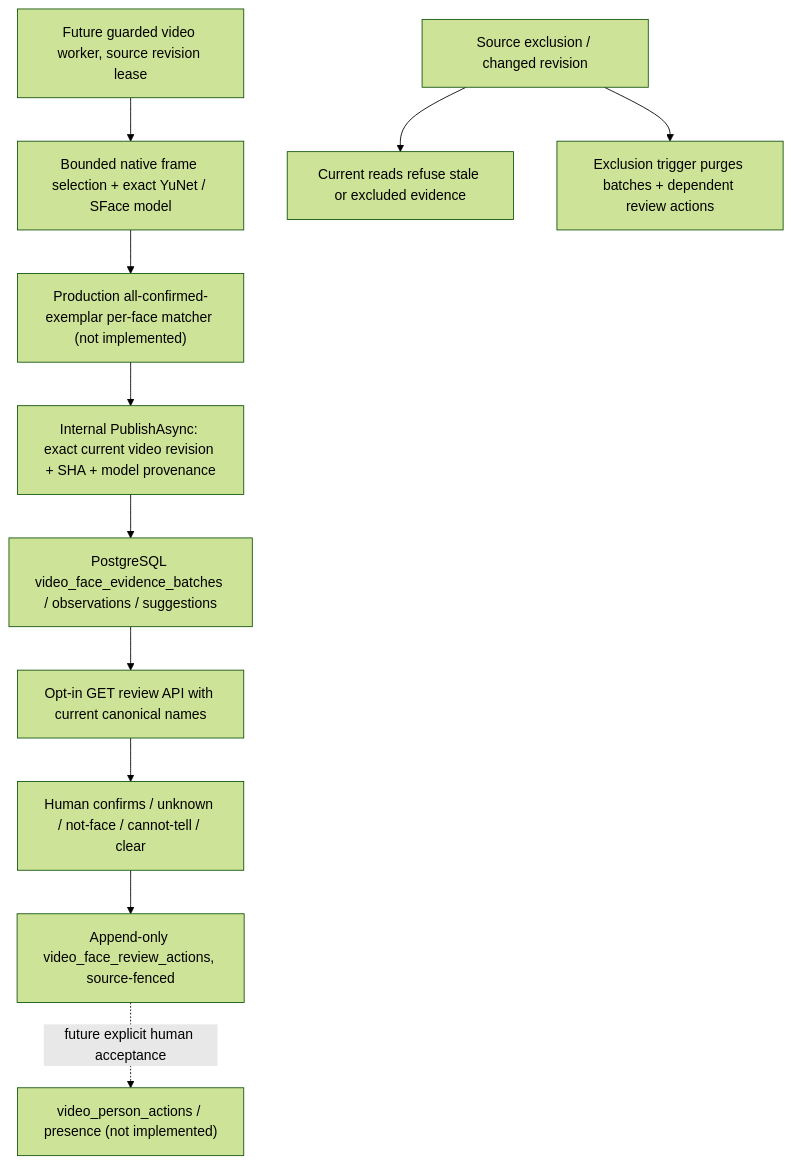
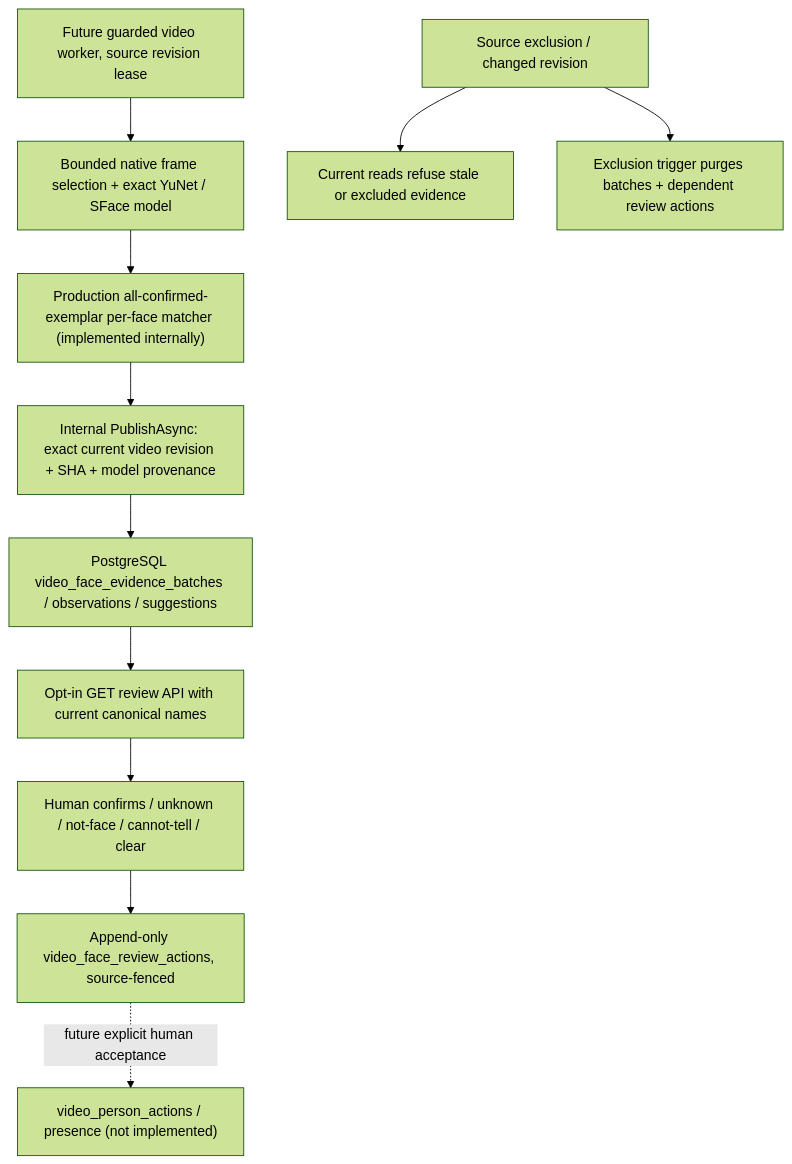
The diagram in docs/operations/video-face-review-production-wi0155.md (erikwasa/Photo-Identity-Indexer), drawn with Mermaid (forest theme) before and after one commit. The commit also changed other lines of this file, not shown here.

Commit message:
docs(WI-0155): distinguish production photo-scorer parity from still-disabled native video inference

````diff
--- a/docs/operations/video-face-review-production-wi0155.md
+++ b/docs/operations/video-face-review-production-wi0155.md
@@ -11,13 +12,13 @@
 ```mermaid
 flowchart TD
     A["Future guarded video worker, source revision lease"] --> B["Bounded native frame selection + exact YuNet / SFace model"]
-    B --> C["Production all-confirmed-exemplar per-face matcher (not implemented)"]
+    B --> C["Production all-confirmed-exemplar per-face matcher (implemented internally)"]
     C --> D["Internal PublishAsync: exact current video revision + SHA + model provenance"]
     D --> E["PostgreSQL video_face_evidence_batches / observations / suggestions"]
     E --> F["Opt-in GET review API with current canonical names"]
     F --> G["Human confirms / unknown / not-face / cannot-tell / clear"]
     G --> H["Append-only video_face_review_actions, source-fenced"]
     H -. "future explicit human acceptance" .-> I["video_person_actions / presence (not implemented)"]
     J["Source exclusion / changed revision"] --> K["Current reads refuse stale or excluded evidence"]
     J --> L["Exclusion trigger purges batches + dependent review actions"]
 ```
````
